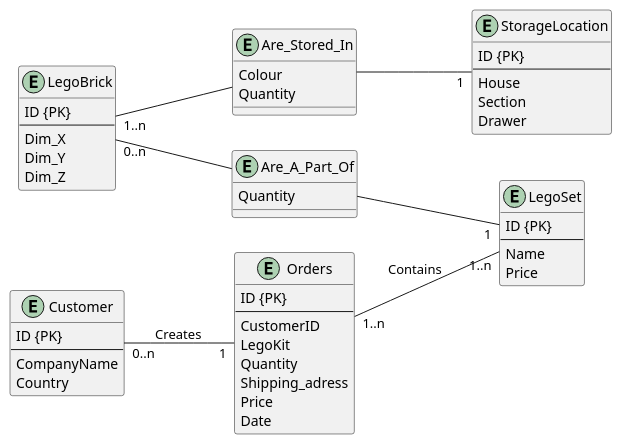
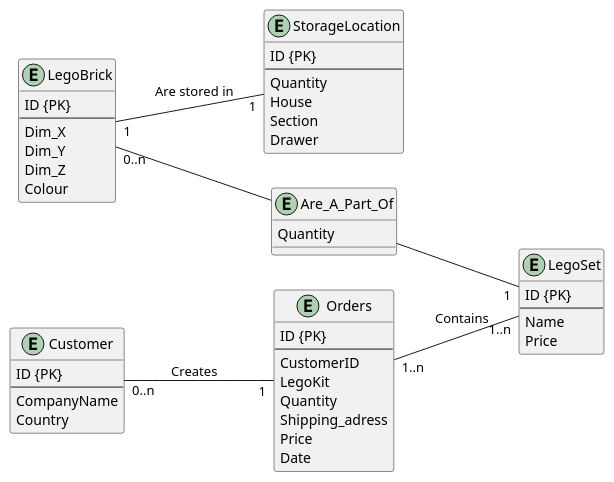
Before and after one commit to s02blom/LegoWebStore: the diagram in figures/ER-diagram.plantuml, drawn with PlantUML. The commit also changed 1 other file, not shown here.

Commit message:
Partly change back to 1 to 1 relation with the Colour having moved to the Lego Brick

```diff
--- a/figures/ER-diagram.plantuml
+++ b/figures/ER-diagram.plantuml
@@ -1,62 +1,59 @@
 @startuml ER-diagram
 left to right direction
 
 
 entity LegoBrick{
     ID {PK}
     --
     Dim_X
     Dim_Y
     Dim_Z
+    Colour
 }
 
 entity StorageLocation{
     ID {PK}
     --
+    Quantity
     House
     Section
     Drawer
 }
 
 entity LegoSet{
     ID {PK}
     --
     Name
     Price
 }
 
 entity Customer{
     ID {PK}
     --
     CompanyName
     Country
 }
 
 entity Orders{
     ID {PK}
     --
     CustomerID
     LegoKit
     Quantity
     Shipping_adress
     Price
     Date
 }
 
 entity Are_A_Part_Of{
     Quantity
 }
 
-entity Are_Stored_In{
-    Colour 
-    Quantity
-}
 
 LegoBrick "0..n" --  Are_A_Part_Of
 Are_A_Part_Of -- "1" LegoSet
-LegoBrick "1..n" -- Are_Stored_In
-Are_Stored_In -- "1" StorageLocation
+LegoBrick "1" -- "1" StorageLocation : Are stored in
 
 Customer "0..n" -- "1" Orders : Creates
 Orders "1..n" -- "1..n" LegoSet : Contains
 @enduml
```
